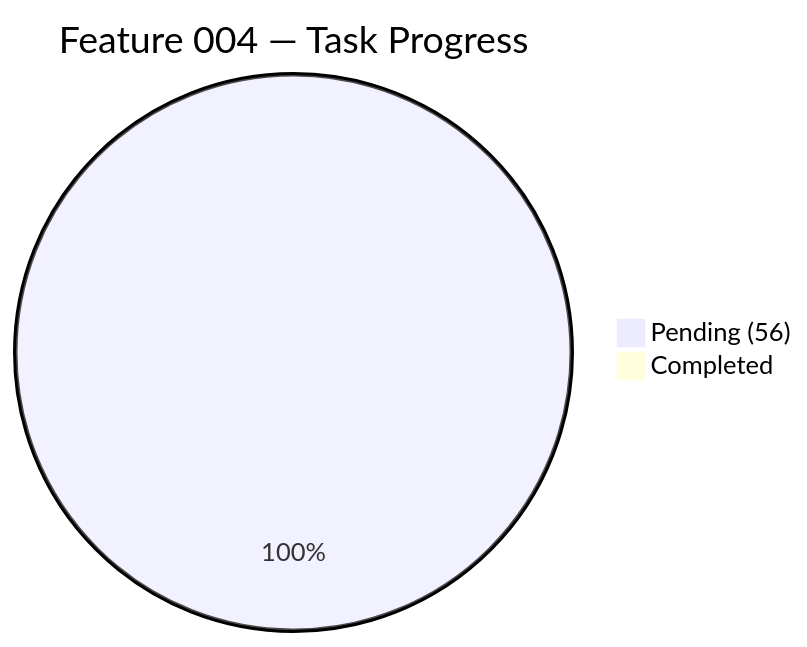
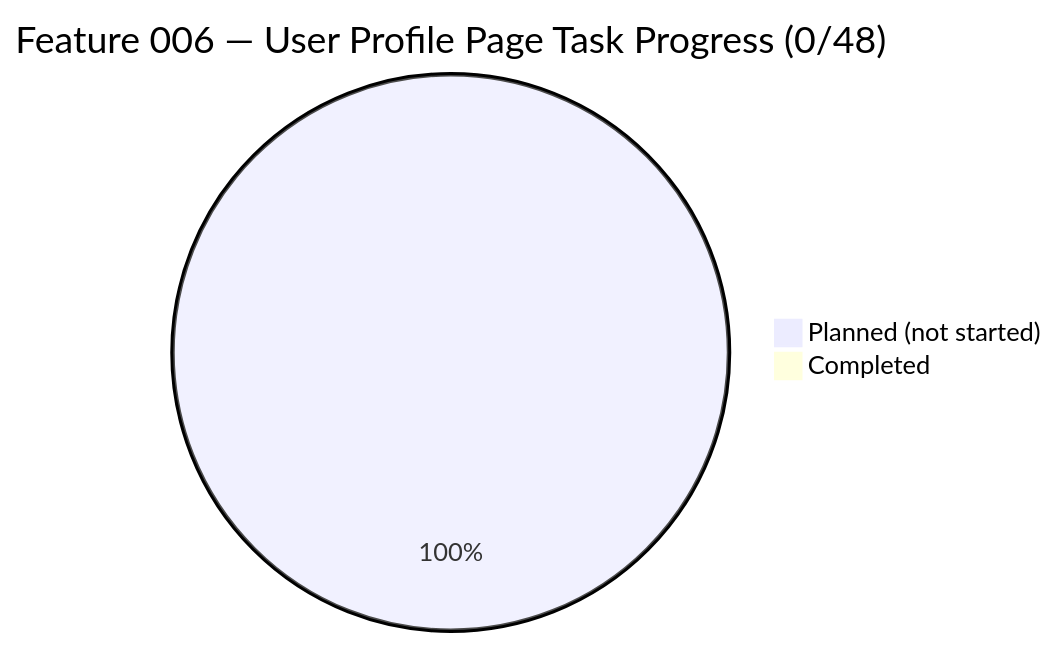
One commit to Anton-Ch/resumainer-java-vue-web-app changed the second of 2 diagrams in specs/status-dashboard.md. Above: the diagram before and after it, drawn with Mermaid. The commit also changed other lines of this file and 4 other files, not shown here.

````diff
--- a/specs/status-dashboard.md
+++ b/specs/status-dashboard.md
@@ -51,5 +54,5 @@
 ```mermaid
-pie title Feature 004 — Task Progress
-    "Pending (56)" : 56
+pie title Feature 006 — User Profile Page Task Progress (0/48)
+    "Planned (not started)" : 48
     "Completed" : 0
 ```
````
